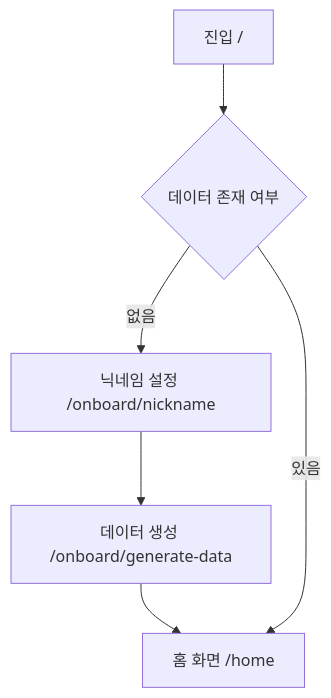
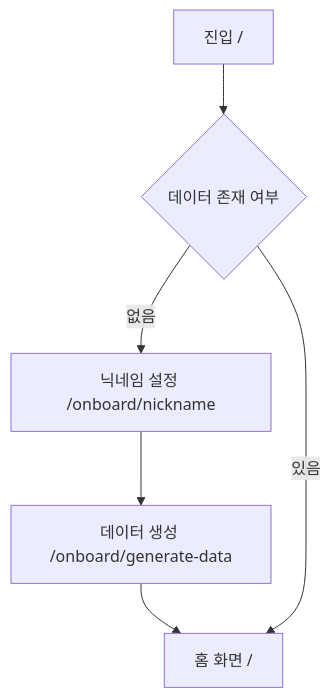
The first of 2 diagrams in docs/ui-flow.md (funnyhun/MyVoca), drawn with Mermaid before and after one commit. The commit also changed 22 other files, not shown here.

````diff
--- a/docs/ui-flow.md
+++ b/docs/ui-flow.md
@@ -8,8 +8,8 @@
 ```mermaid
 graph TD
     Start[진입 /] --> CheckData{데이터 존재 여부}
     CheckData -- 없음 --> Nick[닉네임 설정 /onboard/nickname]
     Nick --> DataGen[데이터 생성 /onboard/generate-data]
-    DataGen --> Home[홈 화면 /home]
+    DataGen --> Home[홈 화면 /]
     CheckData -- 있음 --> Home
 ```
````
